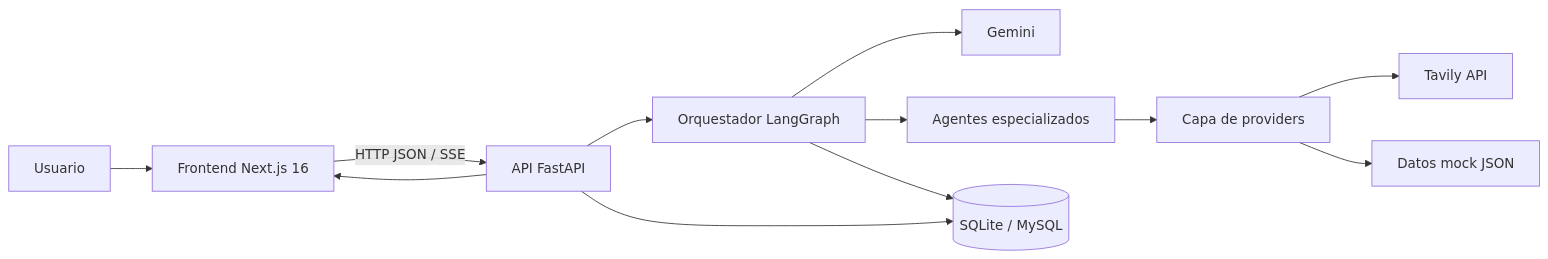
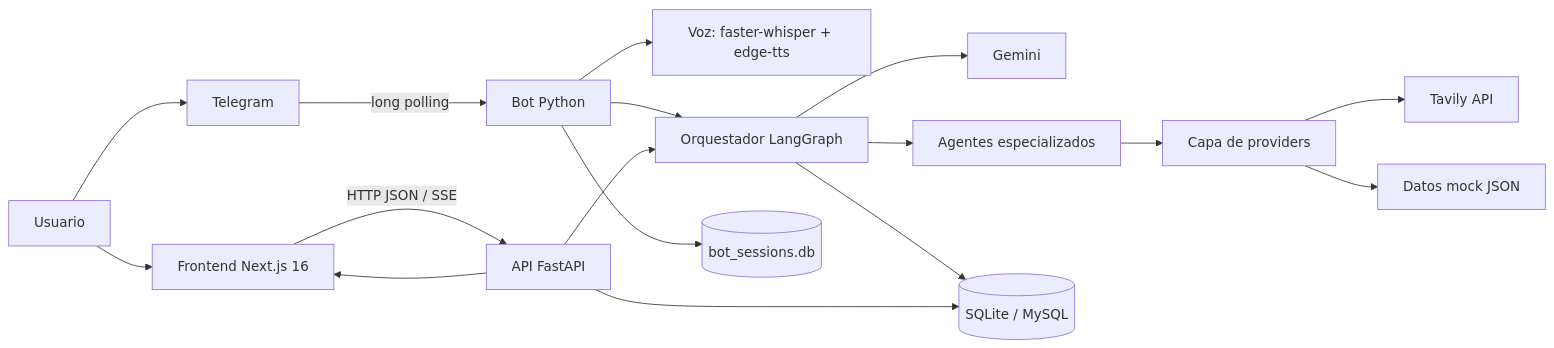
Before and after one commit to Laineess/Asistente-de-compras: the first of 5 diagrams in docs/01_arquitectura.md, drawn with Mermaid. The commit also changed other lines of this file and 36 other files, not shown here.

````diff
--- a/docs/01_arquitectura.md
+++ b/docs/01_arquitectura.md
@@ -35,14 +40,19 @@
 ```mermaid
 flowchart LR
     U["Usuario"] --> FE["Frontend Next.js 16"]
+    U --> TG["Telegram"]
+    TG -->|"long polling"| BOT["Bot Python"]
+    BOT --> V["Voz: faster-whisper + edge-tts"]
     FE -->|"HTTP JSON / SSE"| API["API FastAPI"]
+    BOT --> G
     API --> G["Orquestador LangGraph"]
     G --> LLM["Gemini"]
     G --> AG["Agentes especializados"]
     AG --> PROV["Capa de providers"]
     PROV --> TAV["Tavily API"]
     PROV --> MOCK["Datos mock JSON"]
     G --> DB[("SQLite / MySQL")]
     API --> DB
     API --> FE
+    BOT --> SDB[("bot_sessions.db")]
 ```
````
